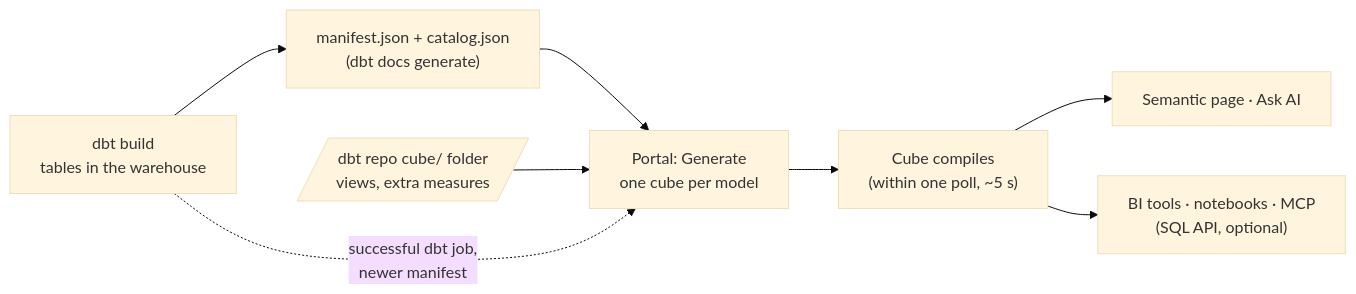
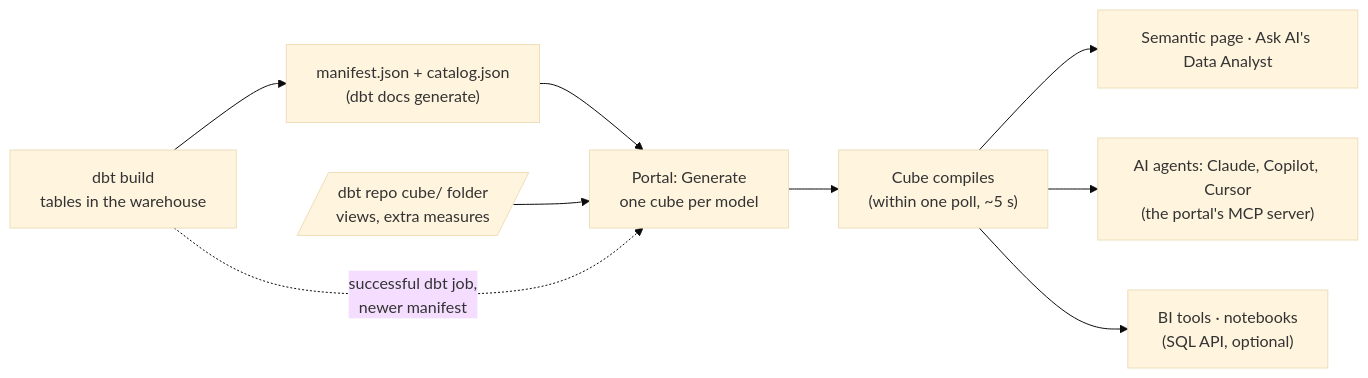
One commit to omaryehia015/capgemini-dbt-portal-deploy changed the first of 2 diagrams in docs/SEMANTIC_LAYER.md. Above: the diagram before and after it, drawn with Mermaid (base theme). The commit also changed other lines of this file and 4 other files, not shown here.

First line of the commit message:
Docs: the semantic layer's MCP server and personal key

````diff
--- a/docs/SEMANTIC_LAYER.md
+++ b/docs/SEMANTIC_LAYER.md
@@ -23,10 +24,11 @@
 ```mermaid
 flowchart LR
   A["dbt build<br/>tables in the warehouse"] --> B["manifest.json + catalog.json<br/>(dbt docs generate)"]
   B --> C["Portal: Generate<br/>one cube per model"]
   H[/"dbt repo cube/ folder<br/>views, extra measures"/] --> C
   C --> D["Cube compiles<br/>(within one poll, ~5 s)"]
-  D --> E["Semantic page · Ask AI"]
-  D --> F["BI tools · notebooks · MCP<br/>(SQL API, optional)"]
+  D --> E["Semantic page · Ask AI's Data Analyst"]
+  D --> G["AI agents: Claude, Copilot, Cursor<br/>(the portal's MCP server)"]
+  D --> F["BI tools · notebooks<br/>(SQL API, optional)"]
   A -. "successful dbt job,<br/>newer manifest" .-> C
 ```
````
